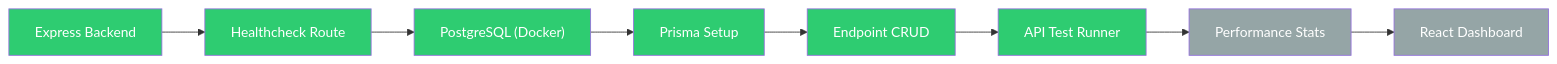
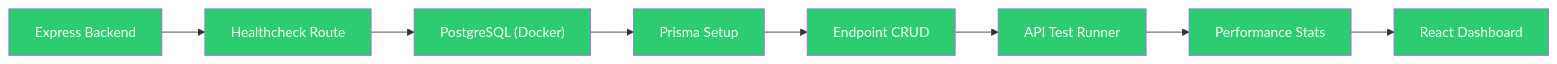
One commit to zardledev/API-Performance-Monitor changed the diagram in README.md. Above: the diagram before and after it, drawn with Mermaid. The commit also changed other lines of this file and 26 other files, not shown here.

````diff
--- a/README.md
+++ b/README.md
@@ -231,16 +259,15 @@
 ```mermaid
 flowchart LR
     A[Express Backend] --> B[Healthcheck Route]
     B --> C["PostgreSQL (Docker)"]
     C --> D[Prisma Setup]
     D --> E[Endpoint CRUD]
     E --> F[API Test Runner]
     F --> G[Performance Stats]
     G --> H[React Dashboard]
 
-    class A,B,C,D,E,F done
-    class G,H planned
+    class A,B,C,D,E,F,G,H done
 
     classDef done fill:#2ecc71,color:#fff;
     classDef planned fill:#95a5a6,color:#fff;
 ```
````
